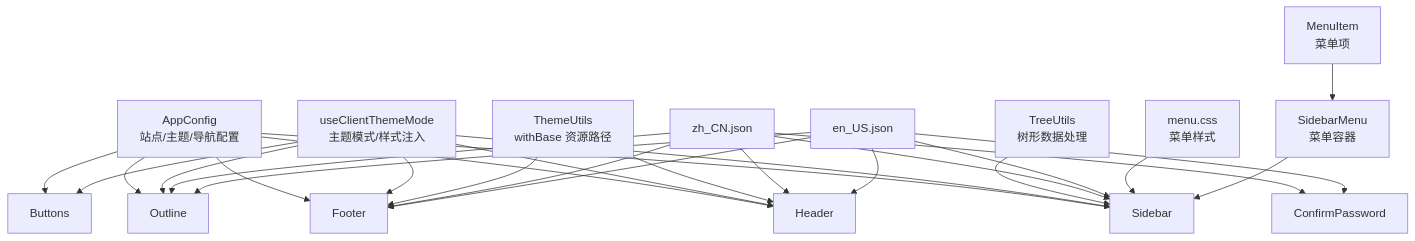
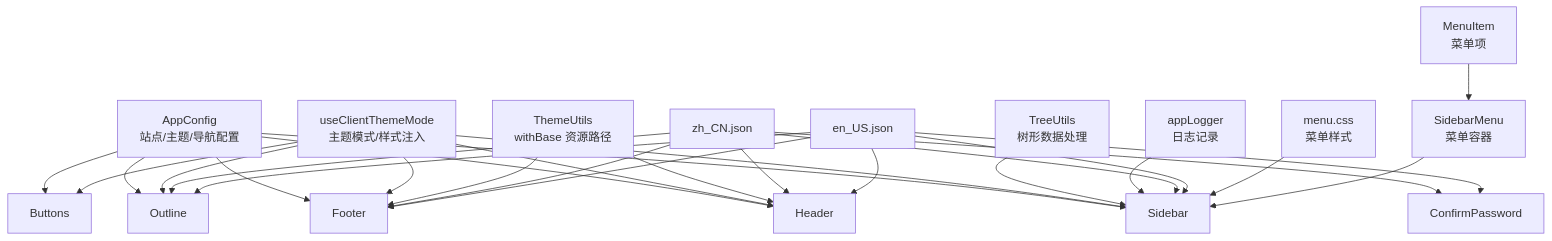
The second of 11 diagrams in .qoder/repowiki/zh/content/核心功能/UI 组件系统/UI 组件系统.md (terwer/siyuan-plugin-blog), drawn with Mermaid before and after one commit. The commit also changed other lines of this file and 2 other files, not shown here.

````diff
--- a/.qoder/repowiki/zh/content/核心功能/UI 组件系统/UI 组件系统.md
+++ b/.qoder/repowiki/zh/content/核心功能/UI 组件系统/UI 组件系统.md
@@ -185,29 +191,30 @@
 ```mermaid
 graph TB
 AC["AppConfig<br/>站点/主题/导航配置"] --> H["Header"]
 AC --> F["Footer"]
 AC --> S["Sidebar"]
 AC --> O["Outline"]
 AC --> B["Buttons"]
 TM["useClientThemeMode<br/>主题模式/样式注入"] --> H
 TM --> F
 TM --> S
 TM --> O
 TM --> B
 TU["ThemeUtils<br/>withBase 资源路径"] --> H
 TU --> F
 TR["TreeUtils<br/>树形数据处理"] --> S
+AL["appLogger<br/>日志记录"] --> S
 ZH["zh_CN.json"] --> H
 ZH --> F
 ZH --> S
 ZH --> O
 ZH --> CP["ConfirmPassword"]
 EN["en_US.json"] --> H
 EN --> F
 EN --> S
 EN --> O
 EN --> CP
 MCSS["menu.css<br/>菜单样式"] --> S
 SM["SidebarMenu<br/>菜单容器"] --> S
 MI["MenuItem<br/>菜单项"] --> SM
 ```
````
